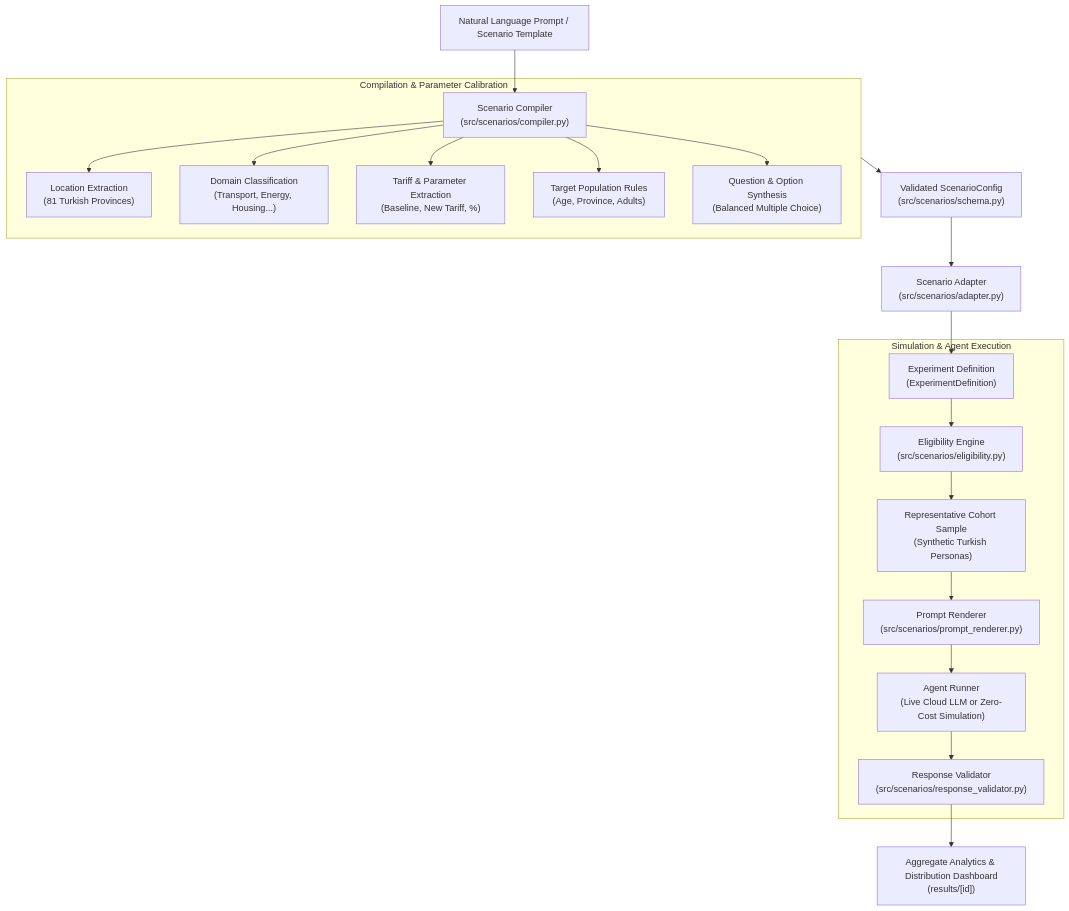
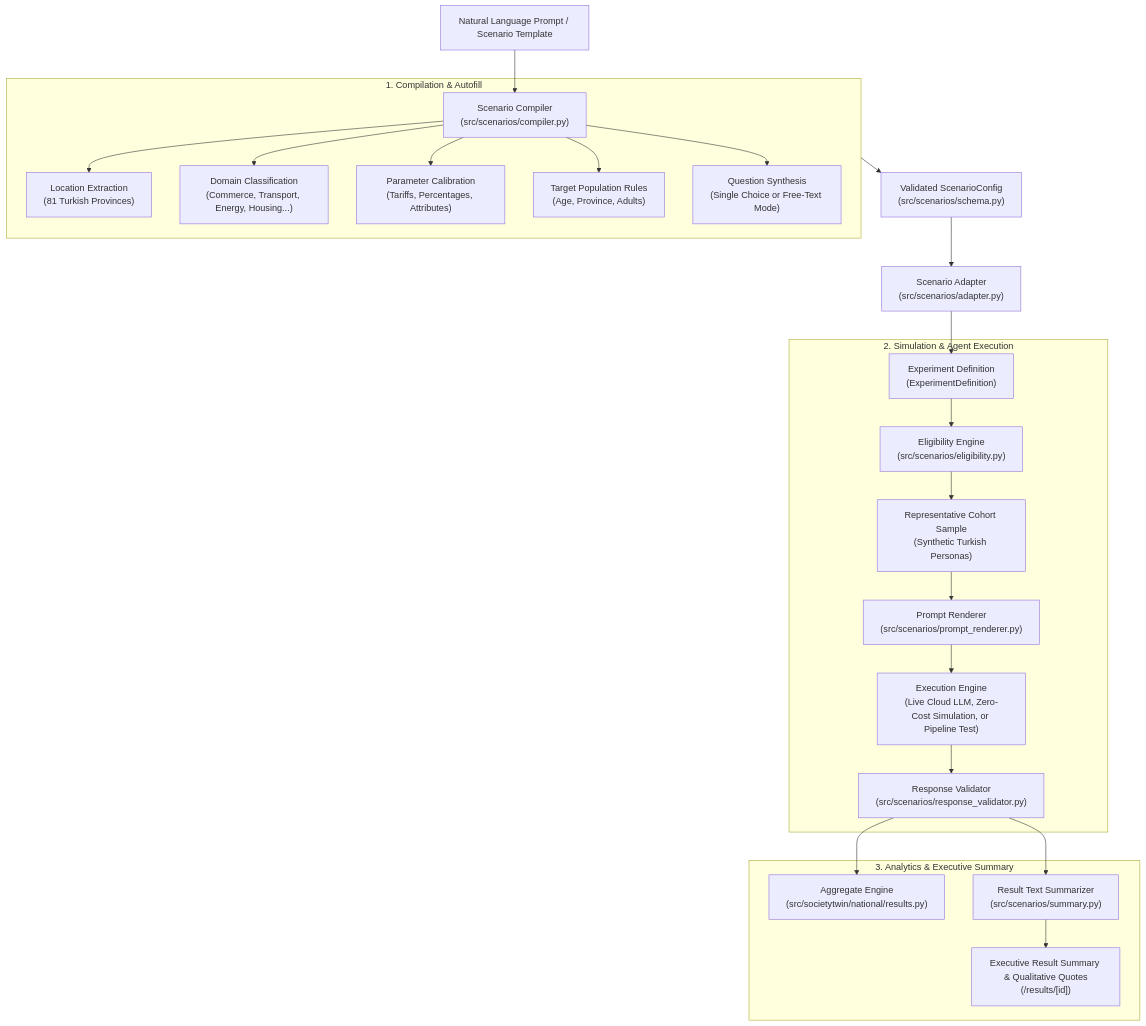
The diagram in docs/scenario-engine.md (pakhlavonKh/AI-powered-digital-society-twin), drawn with Mermaid before and after one commit. The commit also changed other lines of this file and 15 other files, not shown here.

Commit message:
feat(scenarios): add free-text question support, result text summary, real-time prompt autofill, and open-response quote rendering

````diff
--- a/docs/scenario-engine.md
+++ b/docs/scenario-engine.md
@@ -27,27 +32,31 @@
 ```mermaid
 flowchart TD
     A["Natural Language Prompt / Scenario Template"] --> B["Scenario Compiler\n(src/scenarios/compiler.py)"]
     
-    subgraph Compilation["Compilation & Parameter Calibration"]
+    subgraph Compilation["1. Compilation & Autofill"]
         B --> B1["Location Extraction\n(81 Turkish Provinces)"]
-        B --> B2["Domain Classification\n(Transport, Energy, Housing...)"]
-        B --> B3["Tariff & Parameter Extraction\n(Baseline, New Tariff, %)"]
+        B --> B2["Domain Classification\n(Commerce, Transport, Energy, Housing...)"]
+        B --> B3["Parameter Calibration\n(Tariffs, Percentages, Attributes)"]
         B --> B4["Target Population Rules\n(Age, Province, Adults)"]
-        B --> B5["Question & Option Synthesis\n(Balanced Multiple Choice)"]
+        B --> B5["Question Synthesis\n(Single Choice or Free-Text Mode)"]
     end
     
     Compilation --> C["Validated ScenarioConfig\n(src/scenarios/schema.py)"]
     
     C --> D["Scenario Adapter\n(src/scenarios/adapter.py)"]
     D --> E["Experiment Definition\n(ExperimentDefinition)"]
     
-    subgraph Execution["Simulation & Agent Execution"]
+    subgraph Execution["2. Simulation & Agent Execution"]
         E --> F["Eligibility Engine\n(src/scenarios/eligibility.py)"]
         F --> G["Representative Cohort Sample\n(Synthetic Turkish Personas)"]
         G --> H["Prompt Renderer\n(src/scenarios/prompt_renderer.py)"]
-        H --> I["Agent Runner\n(Live Cloud LLM or Zero-Cost Simulation)"]
+        H --> I["Execution Engine\n(Live Cloud LLM, Zero-Cost Simulation, or Pipeline Test)"]
         I --> J["Response Validator\n(src/scenarios/response_validator.py)"]
     end
     
-    J --> K["Aggregate Analytics & Distribution Dashboard\n(results/[id])"]
+    subgraph Synthesis["3. Analytics & Executive Summary"]
+        J --> K["Aggregate Engine\n(src/societytwin/national/results.py)"]
+        J --> L["Result Text Summarizer\n(src/scenarios/summary.py)"]
+        L --> M["Executive Result Summary & Qualitative Quotes\n(/results/[id])"]
+    end
 ```
````
